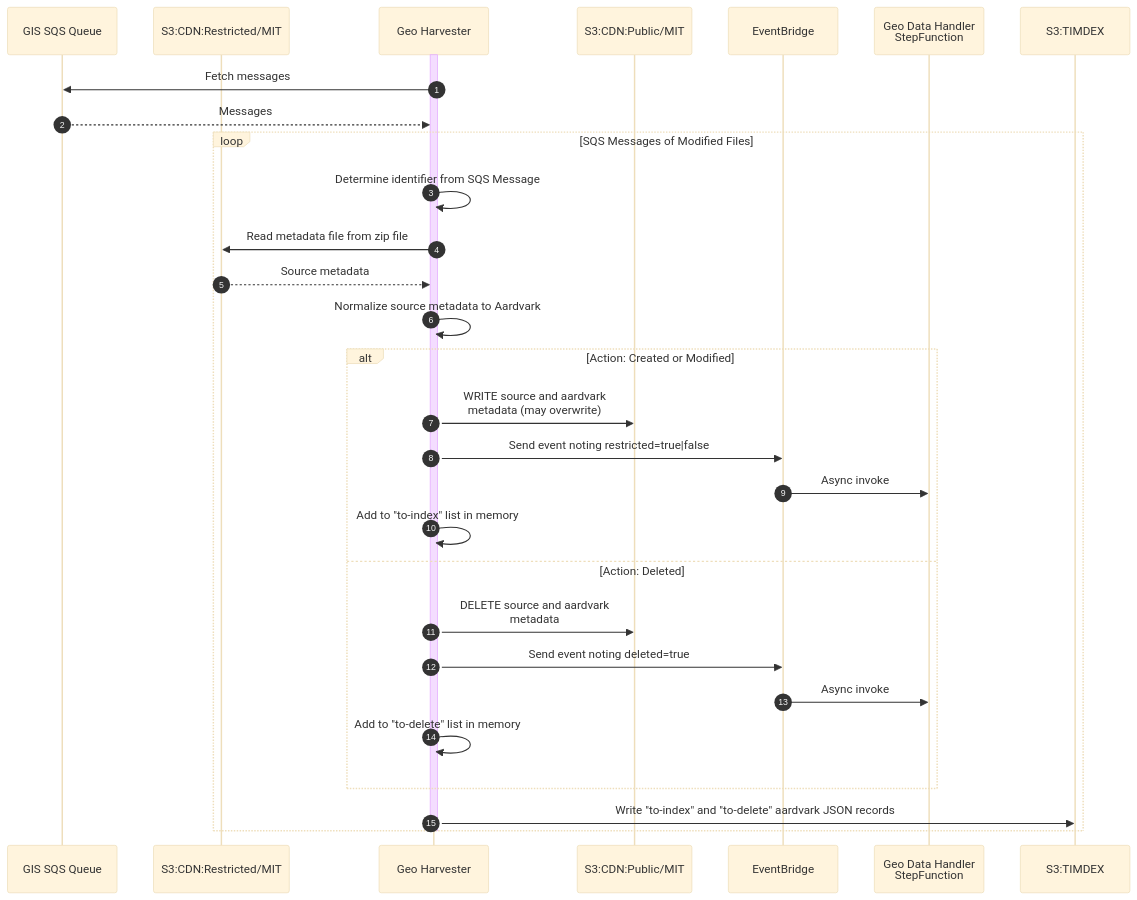
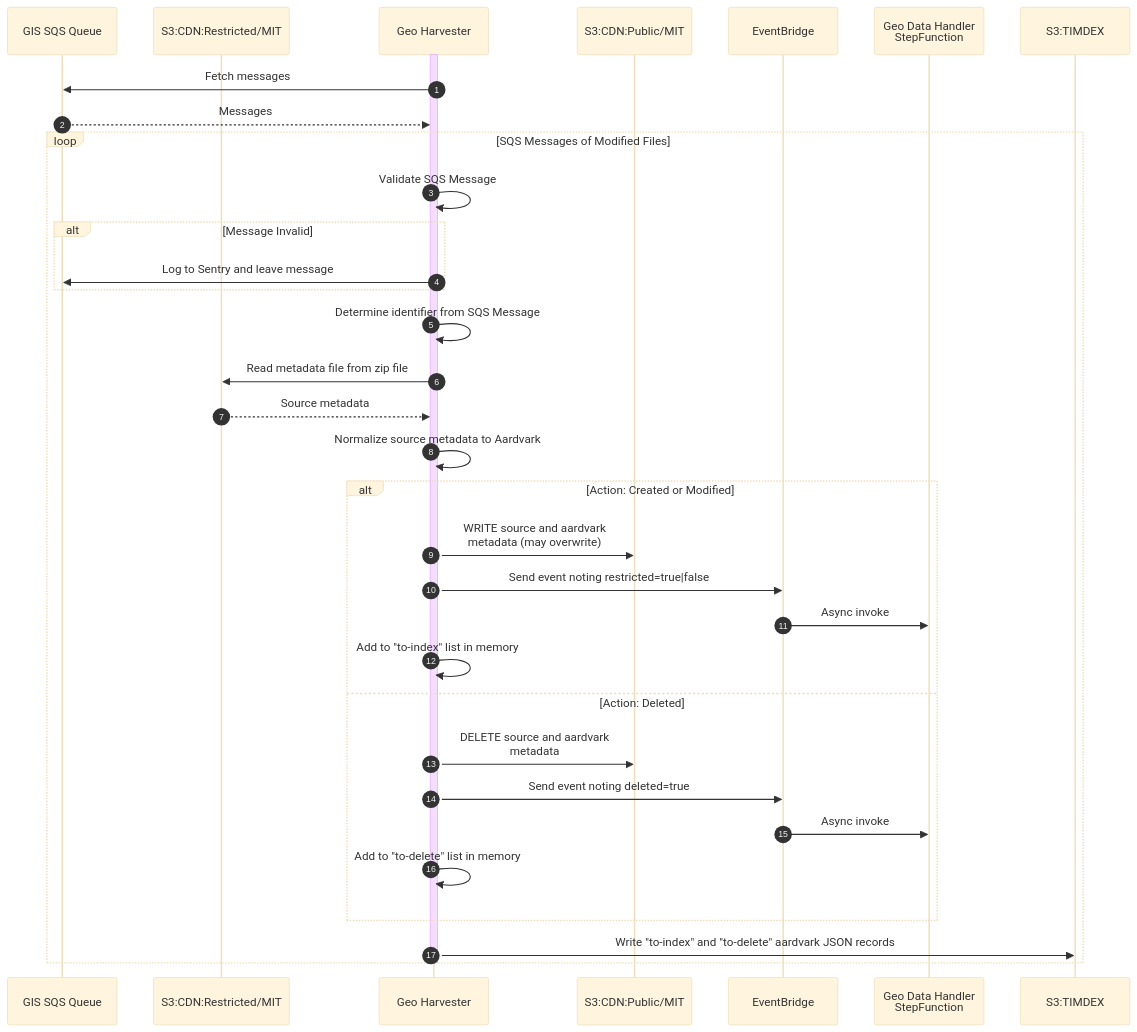
Before and after one commit to MITLibraries/geo-harvester: the second of 3 diagrams in docs/mit_harvests.md, drawn with Mermaid (base theme). The commit also changed 2 other files, not shown here.

Commit message:
update README and docs

````diff
--- a/docs/mit_harvests.md
+++ b/docs/mit_harvests.md
@@ -29,35 +29,39 @@
 ```mermaid
 sequenceDiagram
     autonumber
     participant sqs_queue as GIS SQS Queue
     participant s3_cdn_rest as S3:CDN:Restricted/MIT
     participant geo_harv as Geo Harvester
     participant s3_cdn_pub as S3:CDN:Public/MIT
     participant eb as EventBridge
     participant geo_data_sf as Geo Data Handler <br> StepFunction
     participant s3_timdex as S3:TIMDEX
     
     activate geo_harv
     geo_harv->>sqs_queue: Fetch messages
     sqs_queue-->>geo_harv: Messages
     loop SQS Messages of Modified Files
+        geo_harv->>geo_harv: Validate SQS Message
+        alt Message Invalid
+            geo_harv->>sqs_queue: Log to Sentry and leave message
+        end
         geo_harv->>geo_harv: Determine identifier from SQS Message
         geo_harv->>s3_cdn_rest: Read metadata file from zip file
         s3_cdn_rest-->>geo_harv: Source metadata        
         geo_harv->>geo_harv: Normalize source metadata to Aardvark
         
         alt Action: Created or Modified
             geo_harv->>s3_cdn_pub: WRITE source and aardvark <br> metadata (may overwrite)        
             geo_harv->>eb: Send event noting restricted=true|false
             eb->>geo_data_sf: Async invoke
             geo_harv->>geo_harv: Add to "to-index" list in memory
         else Action: Deleted
             geo_harv->>s3_cdn_pub: DELETE source and aardvark <br> metadata
             geo_harv->>eb: Send event noting deleted=true
             eb->>geo_data_sf: Async invoke
             geo_harv->>geo_harv: Add to "to-delete" list in memory
         end
         geo_harv->>s3_timdex: Write "to-index" and "to-delete" aardvark JSON records
     end
     deactivate geo_harv
 ```
````
